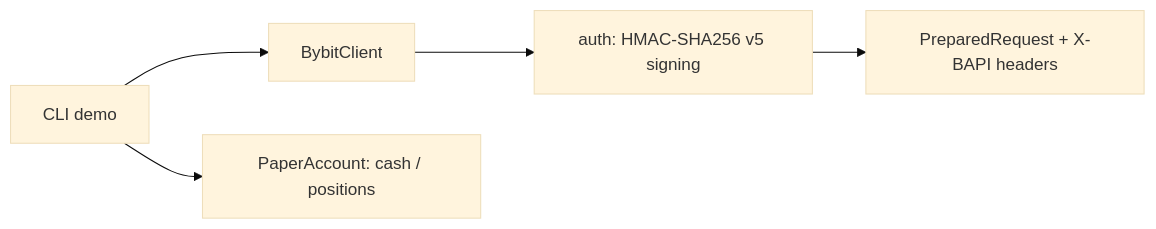
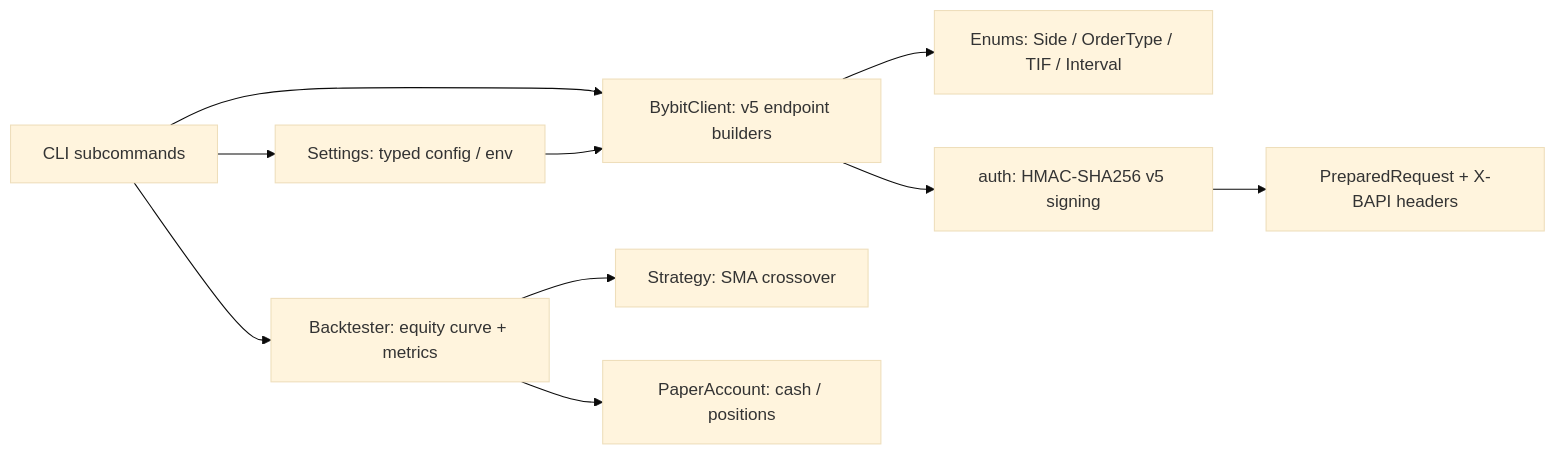
The diagram in README.md (Viprasol-Tech/bybit-trading-bot), drawn with Mermaid (base theme) before and after one commit. The commit also changed other lines of this file and 15 other files, not shown here.

````diff
--- a/README.md
+++ b/README.md
@@ -71,7 +114,12 @@
 ```mermaid
 flowchart LR
-    CLI[CLI demo] --> CLIENT[BybitClient]
+    CLI[CLI subcommands] --> CFG[Settings: typed config / env]
+    CLI --> CLIENT[BybitClient: v5 endpoint builders]
+    CFG --> CLIENT
+    CLIENT --> ENUMS[Enums: Side / OrderType / TIF / Interval]
     CLIENT --> AUTH[auth: HMAC-SHA256 v5 signing]
     AUTH --> REQ[PreparedRequest + X-BAPI headers]
-    CLI --> PAPER[PaperAccount: cash / positions]
+    CLI --> BT[Backtester: equity curve + metrics]
+    BT --> STRAT[Strategy: SMA crossover]
+    BT --> PAPER[PaperAccount: cash / positions]
 ```
````
